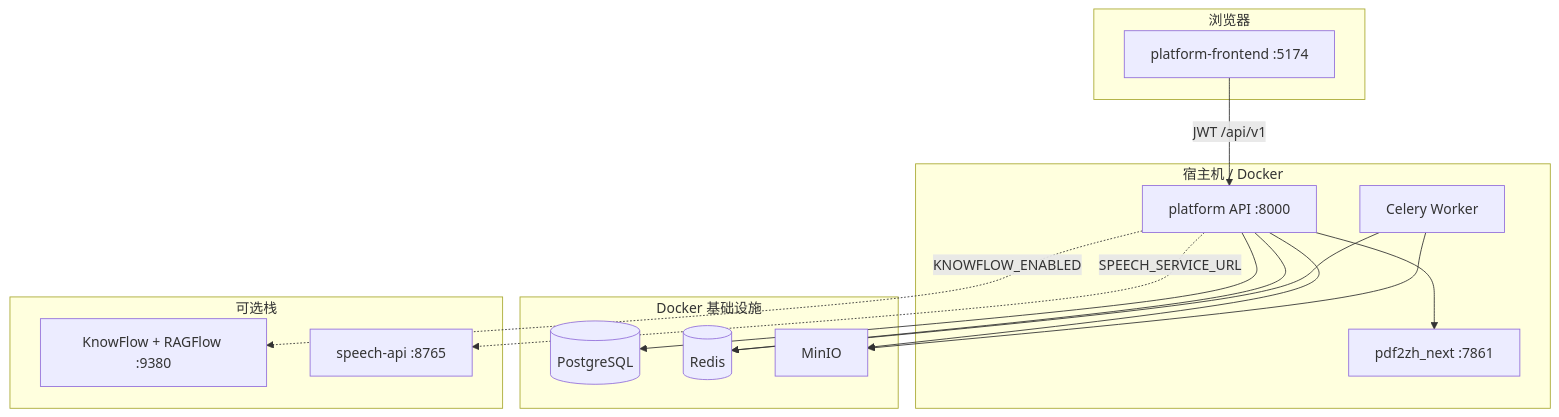
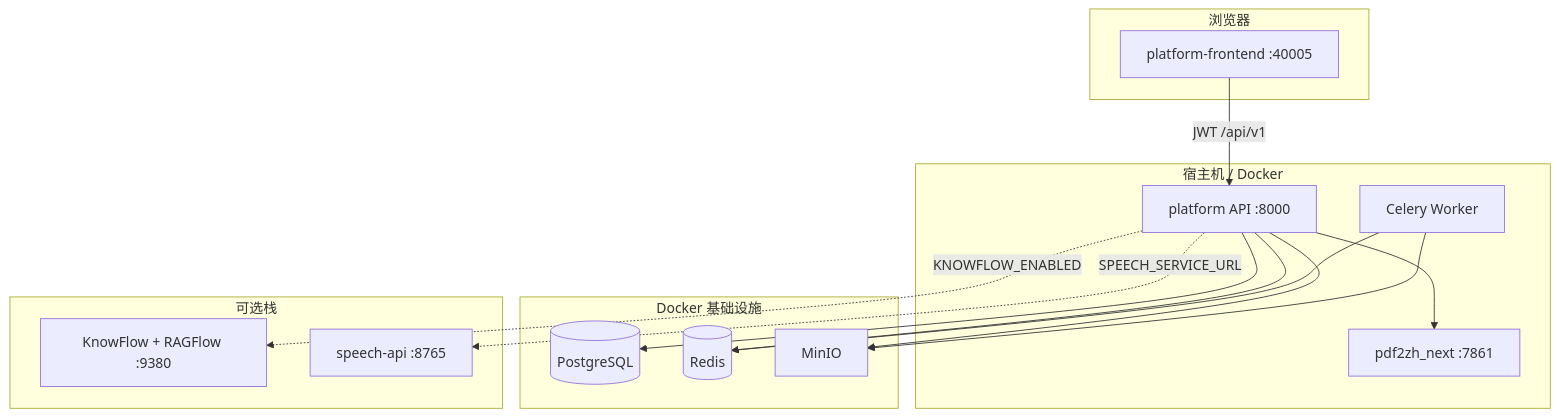
One commit to zhibinQiu/benxi changed the first of 6 diagrams in docs/zh/development/platform-architecture.md. Above: the diagram before and after it, drawn with Mermaid. The commit also changed other lines of this file and 160 other files, not shown here.

````diff
--- a/docs/zh/development/platform-architecture.md
+++ b/docs/zh/development/platform-architecture.md
@@ -40,33 +40,33 @@
 ```mermaid
 flowchart TB
   subgraph client [浏览器]
-    FE[platform-frontend :5174]
+    FE[platform-frontend :40005]
   end
 
   subgraph platform_host [宿主机 / Docker]
     API[platform API :8000]
     WRK[Celery Worker]
     PDF[pdf2zh_next :7861]
   end
 
   subgraph infra [Docker 基础设施]
     PG[(PostgreSQL)]
     RD[(Redis)]
     MN[MinIO]
   end
 
   subgraph optional [可选栈]
     KF[KnowFlow + RAGFlow :9380]
     SP[speech-api :8765]
   end
 
   FE -->|JWT /api/v1| API
   API --> PG
   API --> RD
   API --> MN
   WRK --> RD
   WRK --> MN
   API --> PDF
   API -.->|KNOWFLOW_ENABLED| KF
   API -.->|SPEECH_SERVICE_URL| SP
 ```
````
